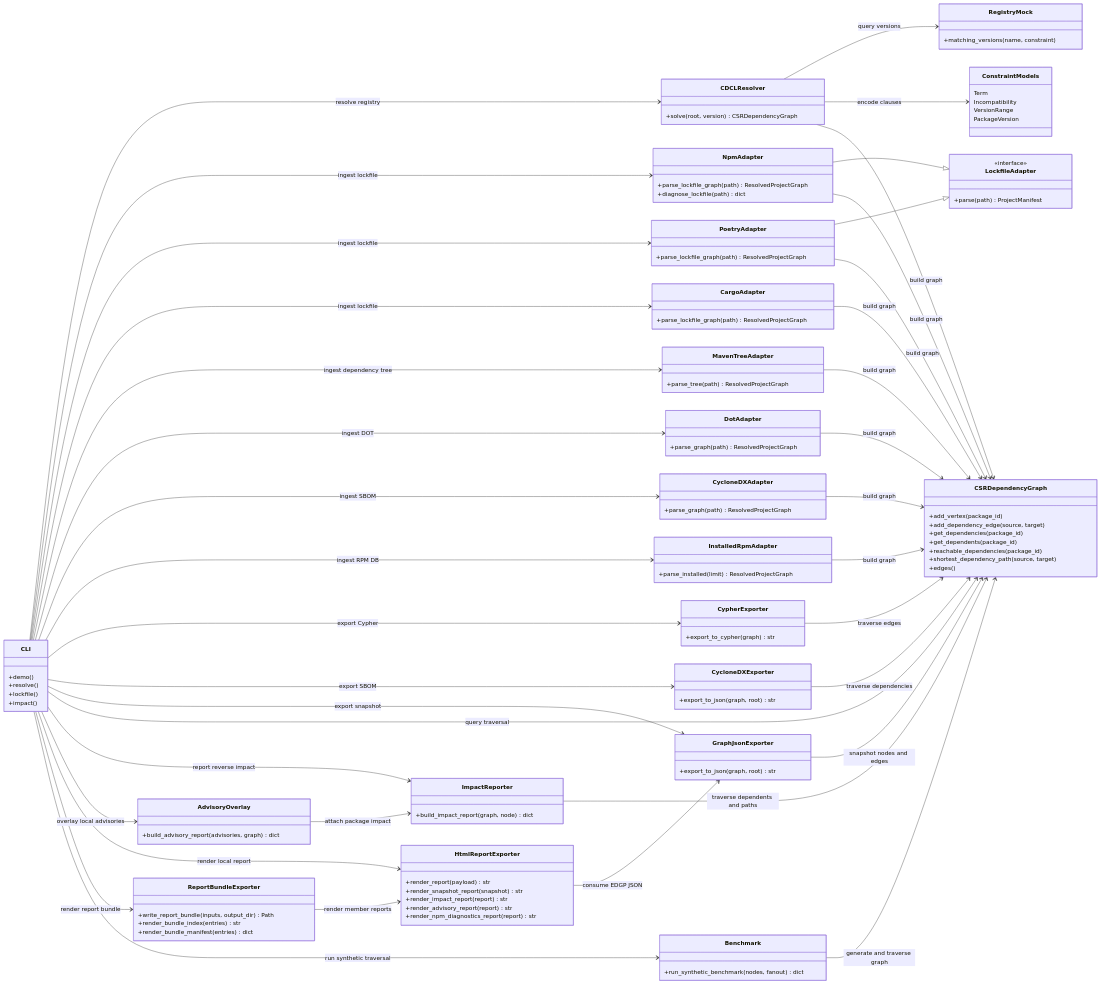
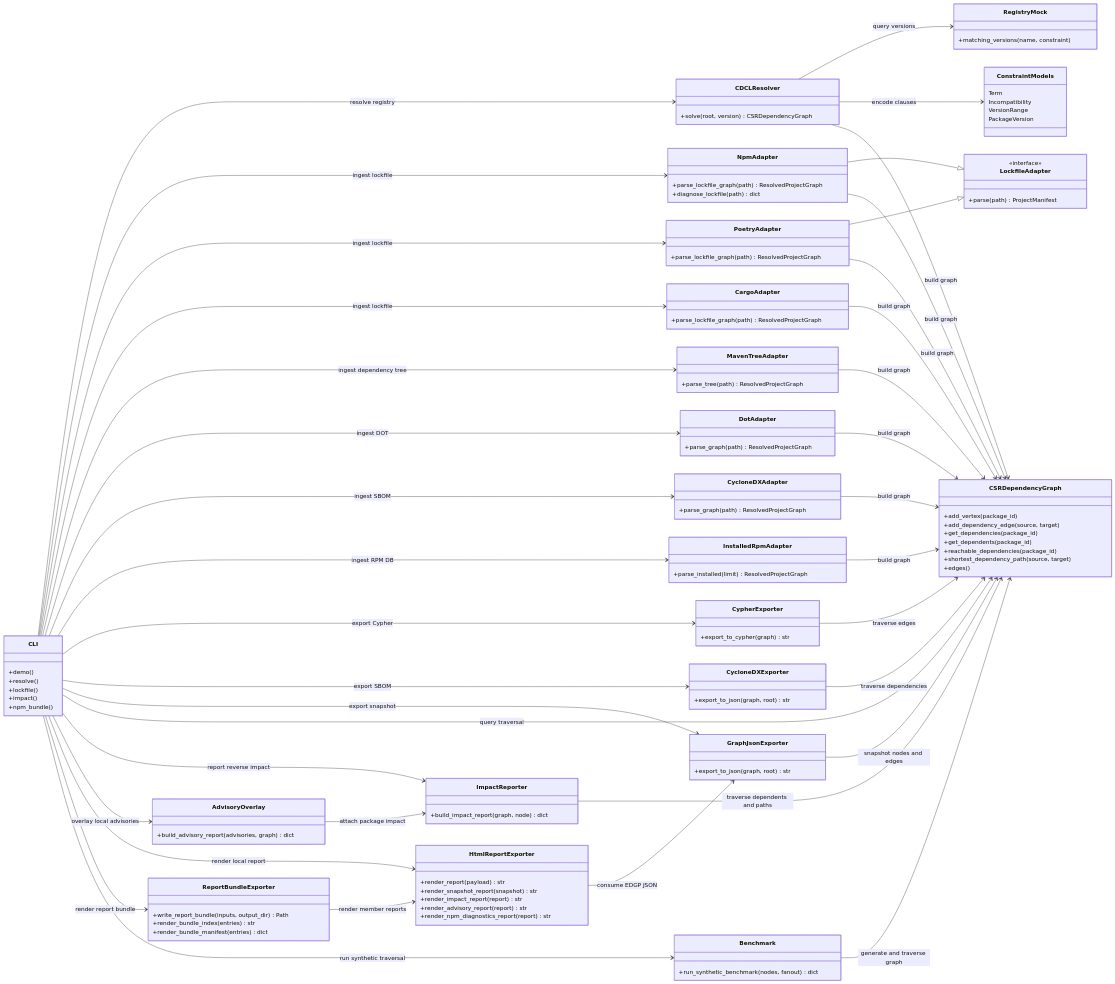
One commit to xsub/EnterpriseLinux-SoftwareSupplyChain changed the first of 2 diagrams in README.md. Above: the diagram before and after it, drawn with Mermaid. The commit also changed other lines of this file and 5 other files, not shown here.

Commit message:
Add npm graph diagnostics bundles

```diff
--- a/README.md
+++ b/README.md
@@ -169,6 +170,7 @@
   +resolve()
   +lockfile()
   +impact()
+  +npm_bundle()
 }
 class LockfileAdapter {
   <<interface>>
```
